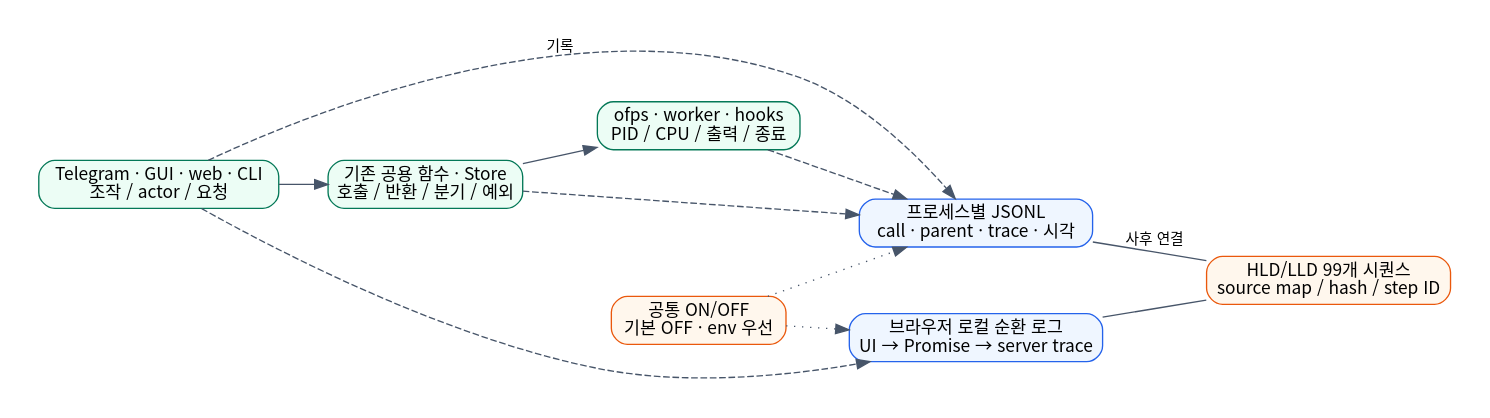
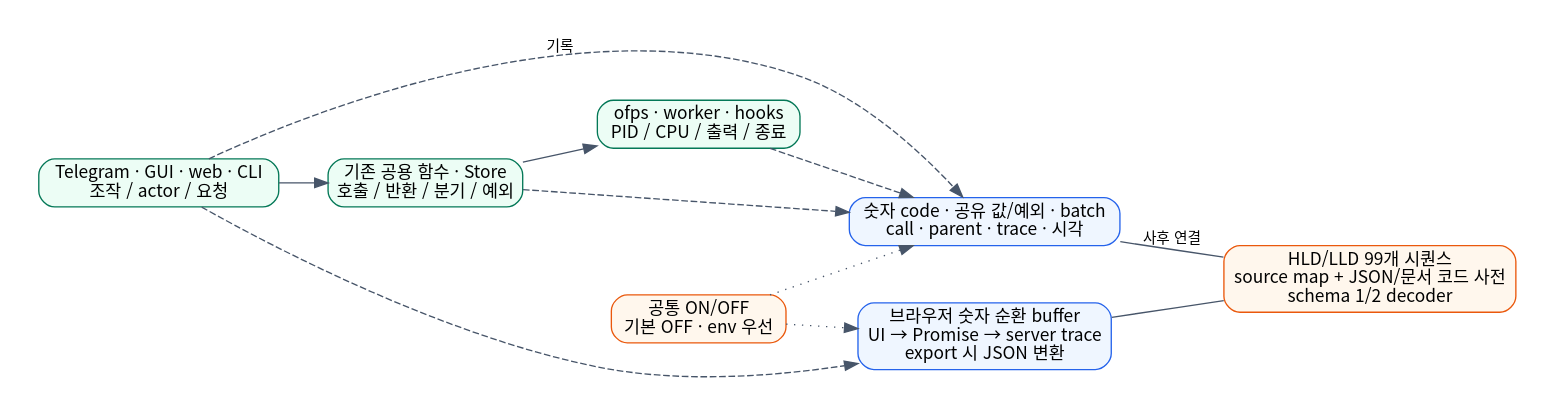
The diagram in docs/diagrams/diagnostic-logging.dot (jo0n-lab/cfd-bot), drawn with Graphviz before and after one commit. The commit also changed 33 other files, not shown here.

```diff
--- a/docs/diagrams/diagnostic-logging.dot
+++ b/docs/diagrams/diagnostic-logging.dot
@@ -1,21 +1,21 @@
 digraph diagnostics {
   graph [rankdir=LR, bgcolor="white", pad="0.3", nodesep="0.5", fontname="Noto Sans CJK KR"];
   node [shape=box, style="rounded,filled", fillcolor="#ecfdf5", color="#047857", fontname="Noto Sans CJK KR", fontsize=13];
   edge [fontname="Noto Sans CJK KR", fontsize=11, color="#475569"];
   ui [label="Telegram · GUI · web · CLI\n조작 / actor / 요청"];
   domain [label="기존 공용 함수 · Store\n호출 / 반환 / 분기 / 예외"];
   process [label="ofps · worker · hooks\nPID / CPU / 출력 / 종료"];
-  log [label="프로세스별 JSONL\ncall · parent · trace · 시각", fillcolor="#eff6ff", color="#2563eb"];
-  browser [label="브라우저 로컬 순환 로그\nUI → Promise → server trace", fillcolor="#eff6ff", color="#2563eb"];
-  map [label="HLD/LLD 99개 시퀀스\nsource map / hash / step ID", fillcolor="#fff7ed", color="#ea580c"];
+  log [label="숫자 code · 공유 값/예외 · batch\ncall · parent · trace · 시각", fillcolor="#eff6ff", color="#2563eb"];
+  browser [label="브라우저 숫자 순환 buffer\nUI → Promise → server trace\nexport 시 JSON 변환", fillcolor="#eff6ff", color="#2563eb"];
+  map [label="HLD/LLD 99개 시퀀스\nsource map + JSON/문서 코드 사전\nschema 1/2 decoder", fillcolor="#fff7ed", color="#ea580c"];
   control [label="공통 ON/OFF\n기본 OFF · env 우선", fillcolor="#fff7ed", color="#ea580c"];
   ui -> domain -> process;
   ui -> log [style=dashed, label="기록"];
   domain -> log [style=dashed];
   process -> log [style=dashed];
   ui -> browser [style=dashed];
   log -> map [dir=none, label="사후 연결"];
   browser -> map [dir=none];
   control -> log [style=dotted];
   control -> browser [style=dotted];
 }
```
